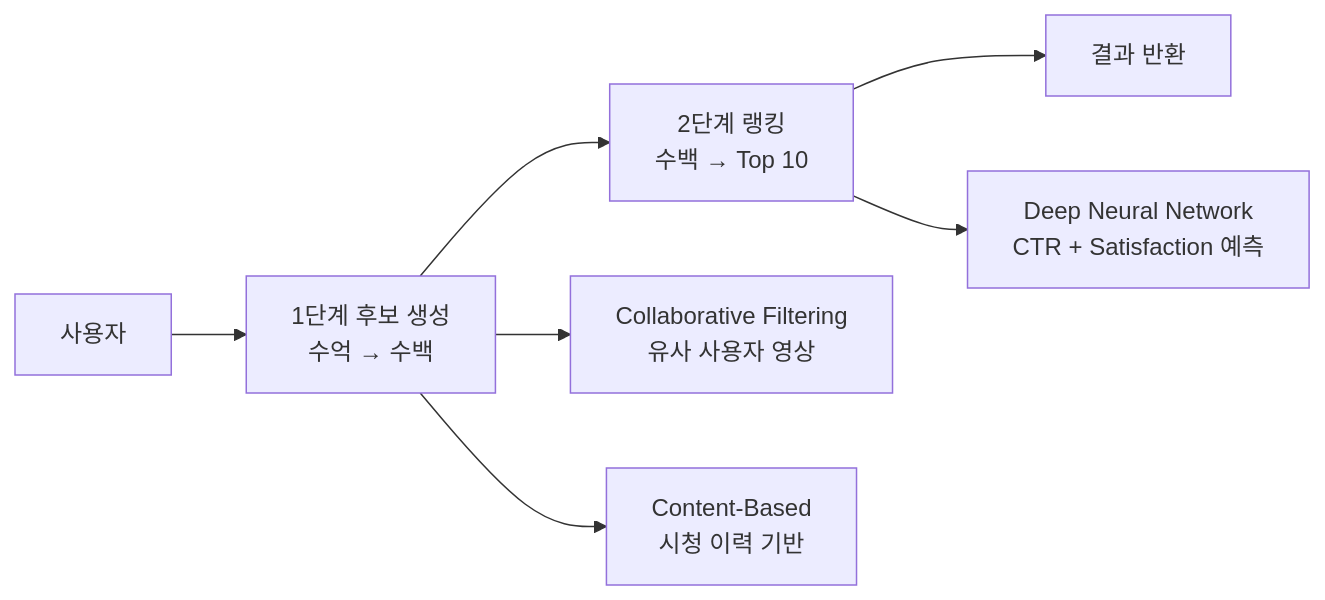
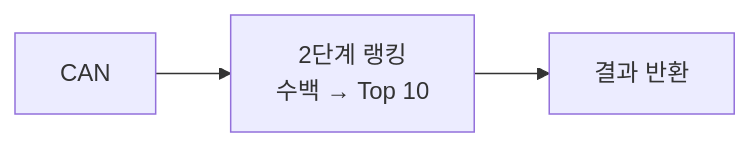
One commit to yjkim2015/yjkim2015.github.io changed the eighth of 12 diagrams in _posts/systemdesign/2026-05-03-system-design-video-streaming.md. Above: the diagram before and after it, drawn with Mermaid. The commit also changed other lines of this file and 149 other files, not shown here.

First line of the commit message:
Mermaid 가독성 개선: 라벨 축약, 노드 축소, TD→LR 변환

````diff
--- a/_posts/systemdesign/2026-05-03-system-design-video-streaming.md
+++ b/_posts/systemdesign/2026-05-03-system-design-video-streaming.md
@@ -561,9 +553,5 @@
 ```mermaid
 flowchart LR
-    USER[사용자] --> CAN[1단계 후보 생성<br/>수억 → 수백]
     CAN --> RNK[2단계 랭킹<br/>수백 → Top 10]
     RNK --> RES[결과 반환]
-    CAN --> CF[Collaborative Filtering<br/>유사 사용자 영상]
-    CAN --> CB[Content-Based<br/>시청 이력 기반]
-    RNK --> DNN[Deep Neural Network<br/>CTR + Satisfaction 예측]
 ```
````
